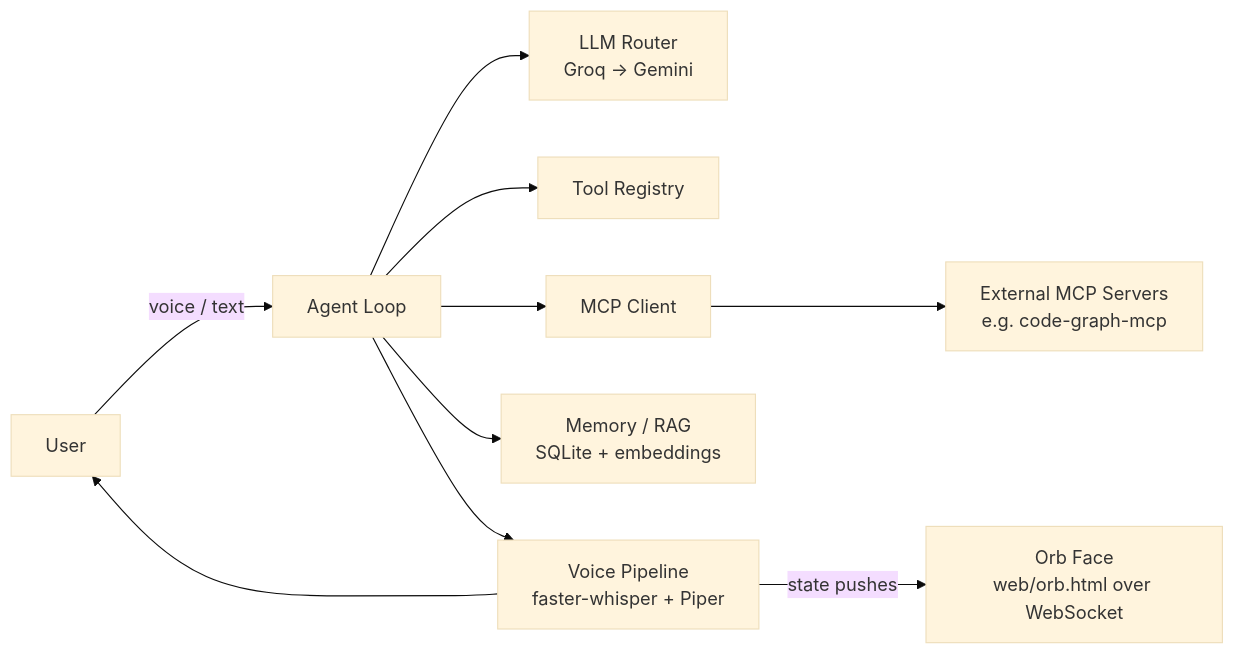
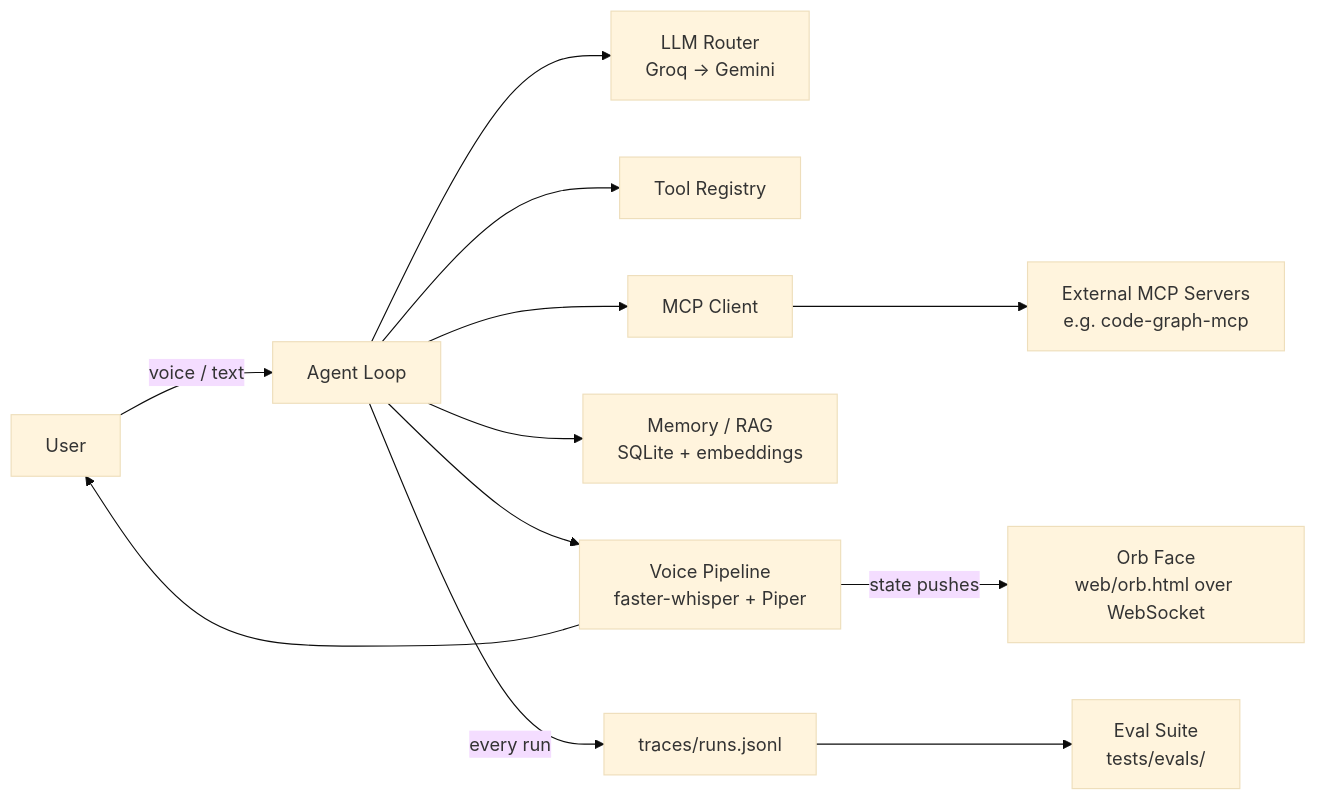
The diagram in README.md (dorkian/Sorena), drawn with Mermaid (base theme) before and after one commit. The commit also changed other lines of this file and 13 other files, not shown here.

````diff
--- a/README.md
+++ b/README.md
@@ -12,12 +12,14 @@
 ```mermaid
 flowchart LR
     User -->|voice / text| Agent[Agent Loop]
     Agent --> Router[LLM Router\nGroq → Gemini]
     Agent --> Tools[Tool Registry]
     Agent --> MCP[MCP Client]
     Agent --> Memory[Memory / RAG\nSQLite + embeddings]
     MCP --> Servers[External MCP Servers\ne.g. code-graph-mcp]
     Agent --> Voice[Voice Pipeline\nfaster-whisper + Piper]
     Voice --> User
     Voice -->|state pushes| Face[Orb Face\nweb/orb.html over WebSocket]
+    Agent -->|every run| Trace[traces/runs.jsonl]
+    Trace --> Evals[Eval Suite\ntests/evals/]
 ```
````
